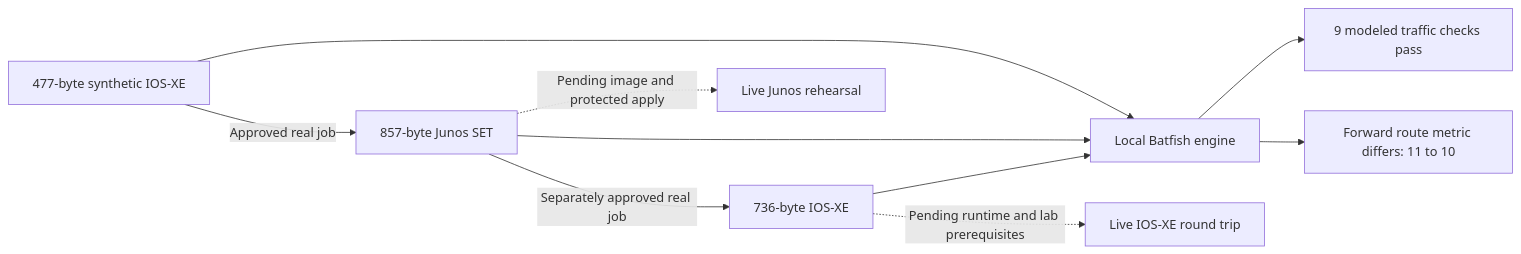
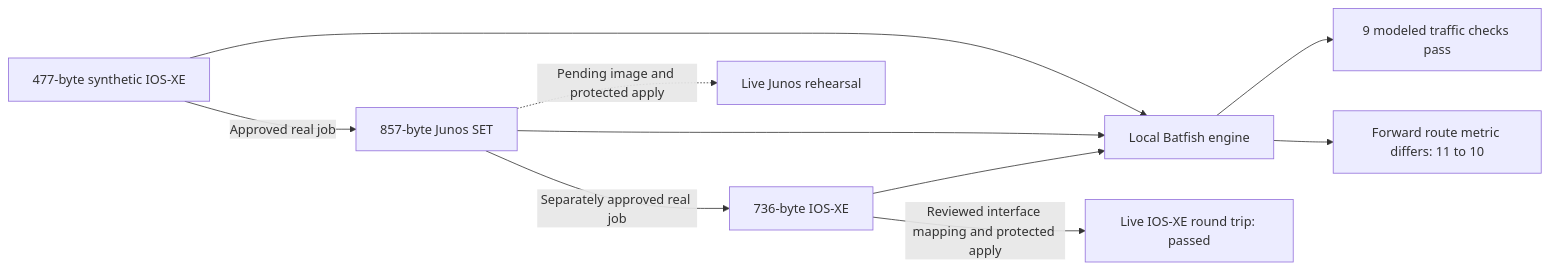
One commit to automateyournetwork/netclaw changed the diagram in specs/162-netconverterai/verification.md. Above: the diagram before and after it, drawn with Mermaid. The commit also changed other lines of this file and 9 other files, not shown here.

Commit message:
Record protected IOS-XE acceptance and verified lab restoration (Spec162)

````diff
--- a/specs/162-netconverterai/verification.md
+++ b/specs/162-netconverterai/verification.md
@@ -228,12 +274,12 @@
 ```mermaid
 flowchart LR
   A[477-byte synthetic IOS-XE] -->|Approved real job| B[857-byte Junos SET]
   B -->|Separately approved real job| C[736-byte IOS-XE]
   A --> D[Local Batfish engine]
   B --> D
   C --> D
   D --> E[9 modeled traffic checks pass]
   D --> F[Forward route metric differs: 11 to 10]
   B -. Pending image and protected apply .-> G[Live Junos rehearsal]
-  C -. Pending runtime and lab prerequisites .-> H[Live IOS-XE round trip]
+  C -->|Reviewed interface mapping and protected apply| H[Live IOS-XE round trip: passed]
 ```
````
